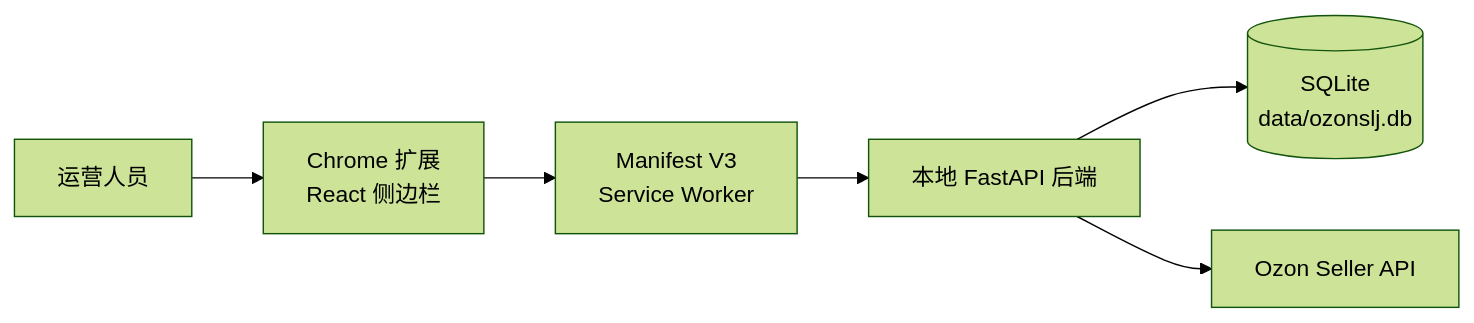
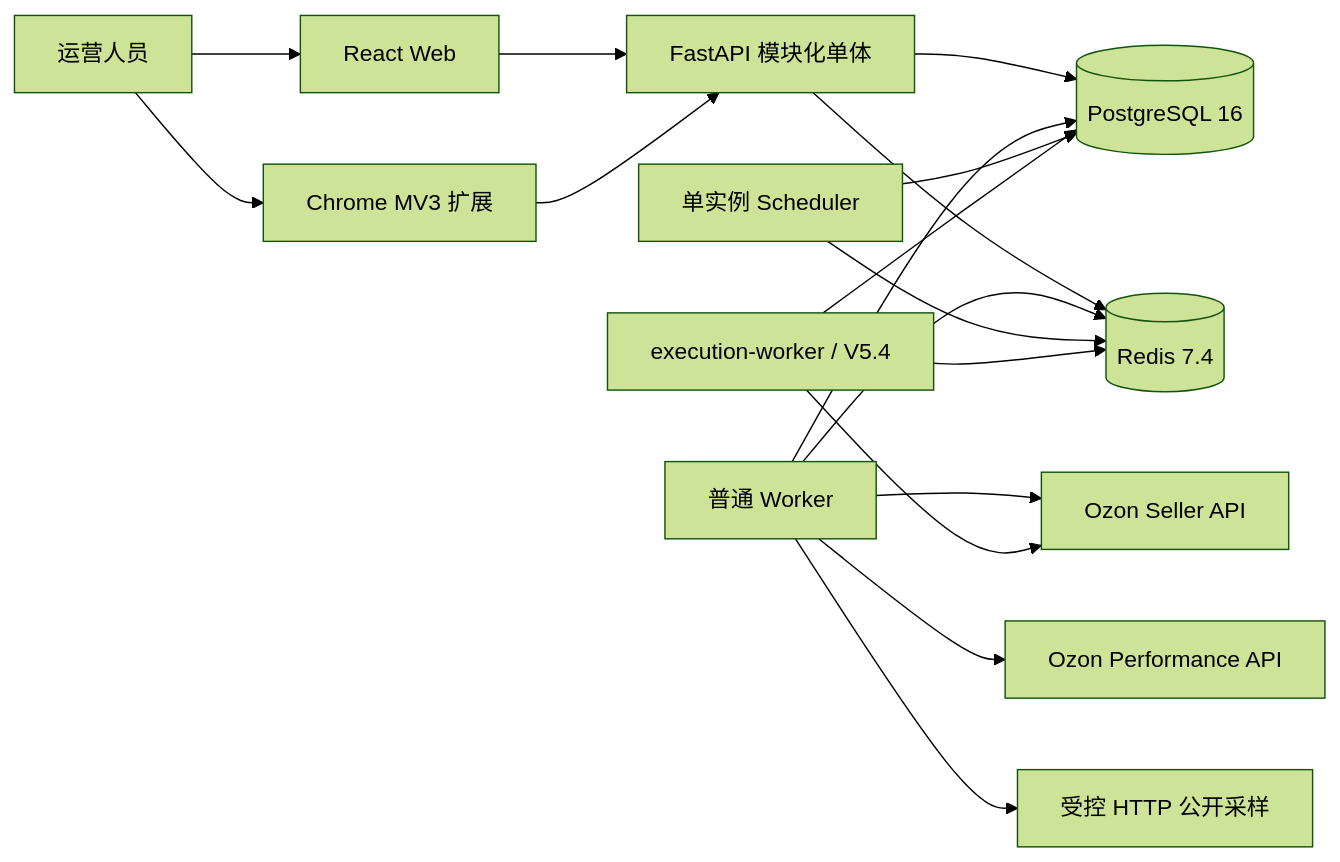
One commit to pengxdCSDN/ozonslj changed the first of 2 diagrams in docs/ARCHITECTURE.md. Above: the diagram before and after it, drawn with Mermaid (forest theme). The commit also changed other lines of this file and 720 other files, not shown here.

````diff
--- a/docs/ARCHITECTURE.md
+++ b/docs/ARCHITECTURE.md
@@ -17,8 +33,19 @@
 ```mermaid
 flowchart LR
-    OP["运营人员"] --> EXT["Chrome 扩展<br/>React 侧边栏"]
-    EXT --> SW["Manifest V3<br/>Service Worker"]
-    SW --> API["本地 FastAPI 后端"]
-    API --> DB[("SQLite<br/>data/ozonslj.db")]
-    API --> OZON["Ozon Seller API"]
+    USER["运营人员"] --> WEB["React Web"]
+    USER --> EXT["Chrome MV3 扩展"]
+    WEB --> API["FastAPI 模块化单体"]
+    EXT --> API
+    API --> PG[("PostgreSQL 16")]
+    API --> REDIS[("Redis 7.4")]
+    WORKER["普通 Worker"] --> PG
+    WORKER --> REDIS
+    WORKER --> SELLER["Ozon Seller API"]
+    WORKER --> PERF["Ozon Performance API"]
+    WORKER --> PUBLIC["受控 HTTP 公开采样"]
+    SCHED["单实例 Scheduler"] --> PG
+    SCHED --> REDIS
+    EXEC["execution-worker / V5.4"] --> PG
+    EXEC --> REDIS
+    EXEC --> SELLER
 ```
````
